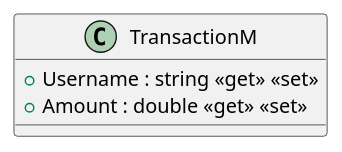
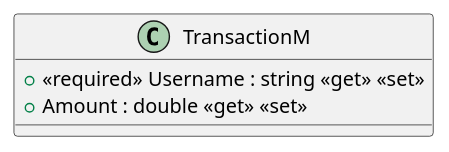
One commit to Poluux/ArchitectureProject changed the diagram in generatedPuml/WebAPI_ArchitectureProject/Model/TransactionM.puml. Above: the diagram before and after it, drawn with PlantUML. The commit also changed 32 other files, not shown here.

```diff
--- a/generatedPuml/WebAPI_ArchitectureProject/Model/TransactionM.puml
+++ b/generatedPuml/WebAPI_ArchitectureProject/Model/TransactionM.puml
@@ -1,6 +1,6 @@
 @startuml
 class TransactionM {
-    + Username : string <<get>> <<set>>
+    + <<required>> Username : string <<get>> <<set>>
     + Amount : double <<get>> <<set>>
 }
 @enduml
```
